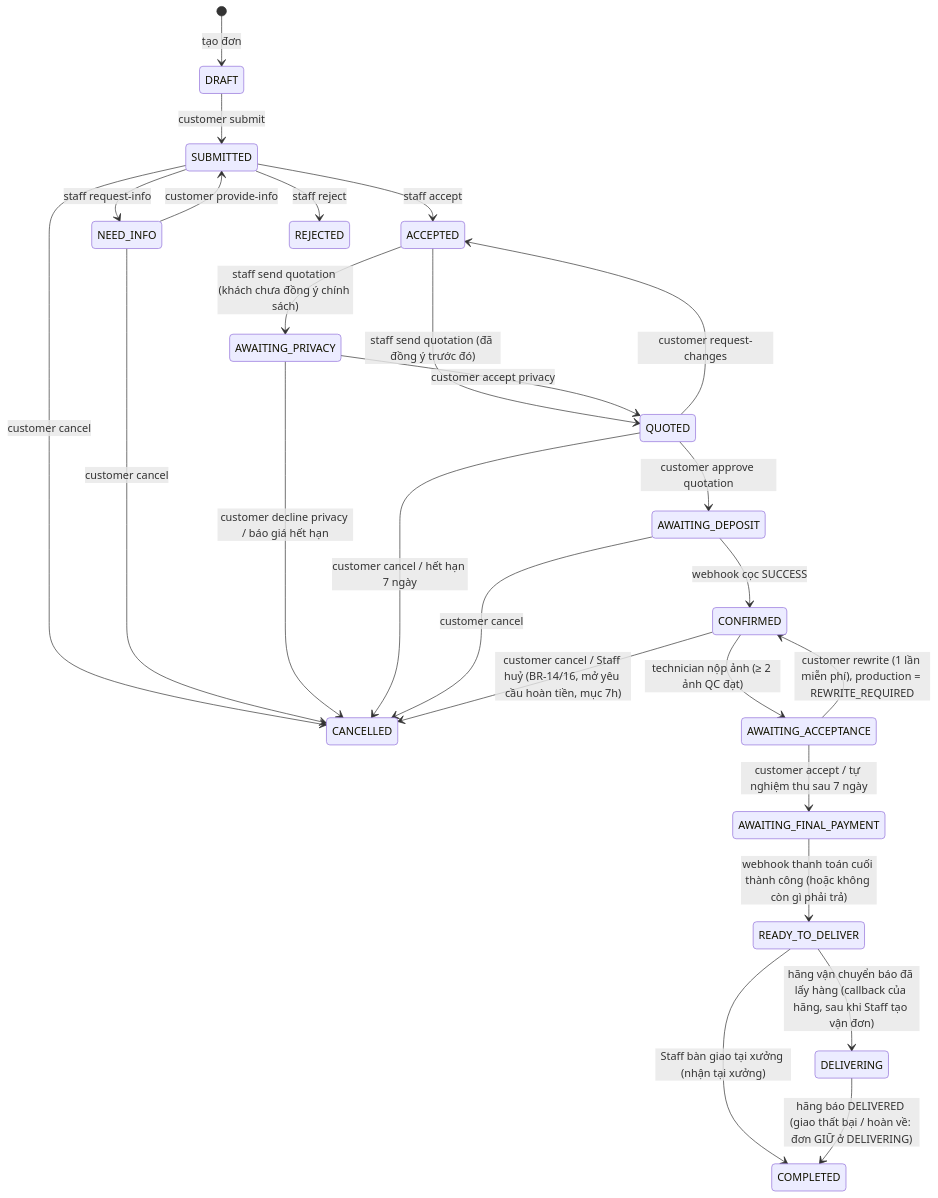
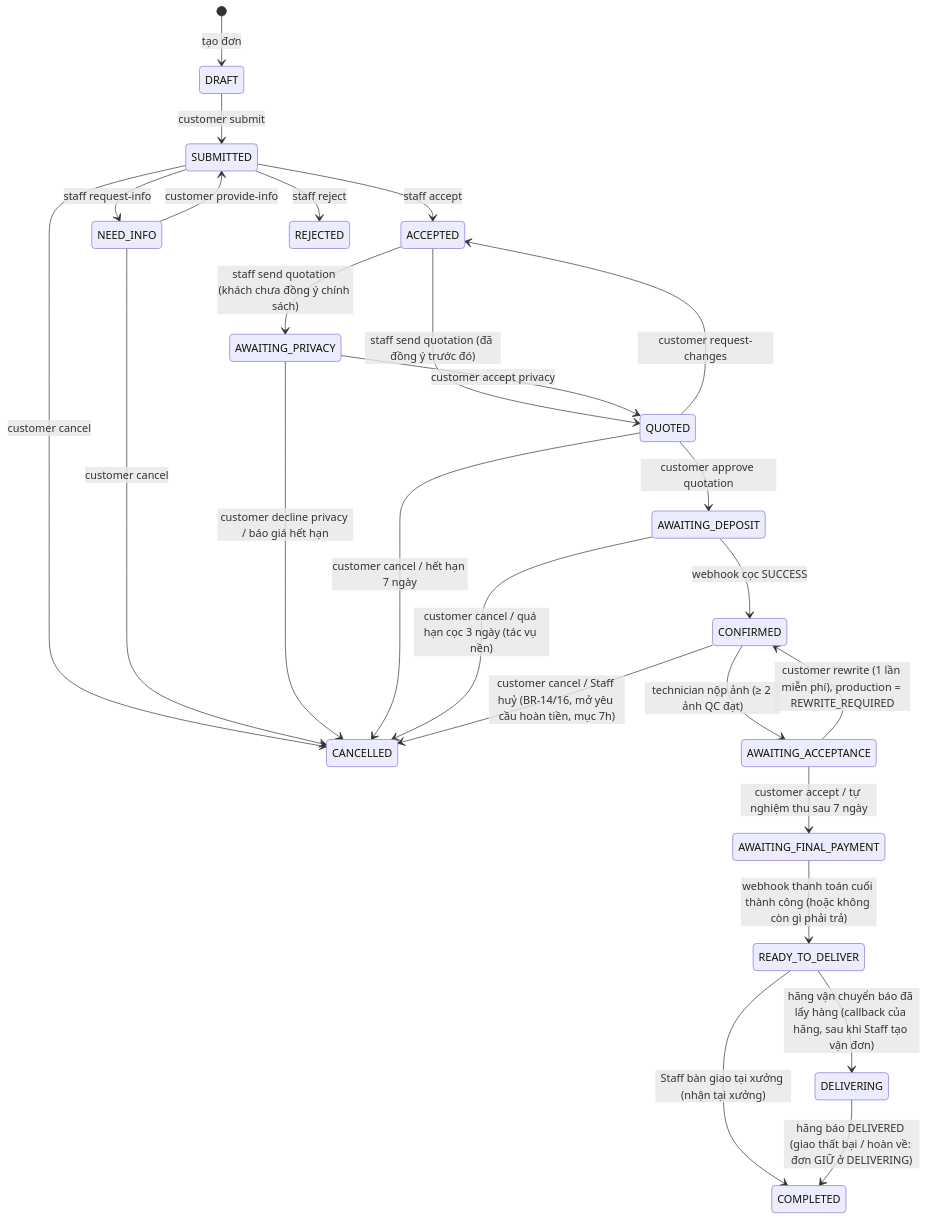
The diagram in BE/docs/FE_API_GUIDE.md (Khoa-213/AI-VHRS), drawn with Mermaid before and after one commit. The commit also changed other lines of this file and 8 other files, not shown here.

````diff
--- a/BE/docs/FE_API_GUIDE.md
+++ b/BE/docs/FE_API_GUIDE.md
@@ -135,28 +135,28 @@
 ```mermaid
 stateDiagram-v2
   [*] --> DRAFT: tạo đơn
   DRAFT --> SUBMITTED: customer submit
   SUBMITTED --> ACCEPTED: staff accept
   SUBMITTED --> NEED_INFO: staff request-info
   SUBMITTED --> REJECTED: staff reject
   NEED_INFO --> SUBMITTED: customer provide-info
   SUBMITTED --> CANCELLED: customer cancel
   NEED_INFO --> CANCELLED: customer cancel
   ACCEPTED --> AWAITING_PRIVACY: staff send quotation (khách chưa đồng ý chính sách)
   ACCEPTED --> QUOTED: staff send quotation (đã đồng ý trước đó)
   AWAITING_PRIVACY --> QUOTED: customer accept privacy
   AWAITING_PRIVACY --> CANCELLED: customer decline privacy / báo giá hết hạn
   QUOTED --> ACCEPTED: customer request-changes
   QUOTED --> AWAITING_DEPOSIT: customer approve quotation
   QUOTED --> CANCELLED: customer cancel / hết hạn 7 ngày
   AWAITING_DEPOSIT --> CONFIRMED: webhook cọc SUCCESS
-  AWAITING_DEPOSIT --> CANCELLED: customer cancel
+  AWAITING_DEPOSIT --> CANCELLED: customer cancel / quá hạn cọc 3 ngày (tác vụ nền)
   CONFIRMED --> AWAITING_ACCEPTANCE: technician nộp ảnh (≥ 2 ảnh QC đạt)
   CONFIRMED --> CANCELLED: customer cancel / Staff huỷ (BR-14/16, mở yêu cầu hoàn tiền, mục 7h)
   AWAITING_ACCEPTANCE --> AWAITING_FINAL_PAYMENT: customer accept / tự nghiệm thu sau 7 ngày
   AWAITING_ACCEPTANCE --> CONFIRMED: customer rewrite (1 lần miễn phí), production = REWRITE_REQUIRED
   AWAITING_FINAL_PAYMENT --> READY_TO_DELIVER: webhook thanh toán cuối thành công (hoặc không còn gì phải trả)
   READY_TO_DELIVER --> COMPLETED: Staff bàn giao tại xưởng (nhận tại xưởng)
   READY_TO_DELIVER --> DELIVERING: hãng vận chuyển báo đã lấy hàng (callback của hãng, sau khi Staff tạo vận đơn)
   DELIVERING --> COMPLETED: hãng báo DELIVERED (giao thất bại / hoàn về: đơn GIỮ ở DELIVERING)
 ```
````
